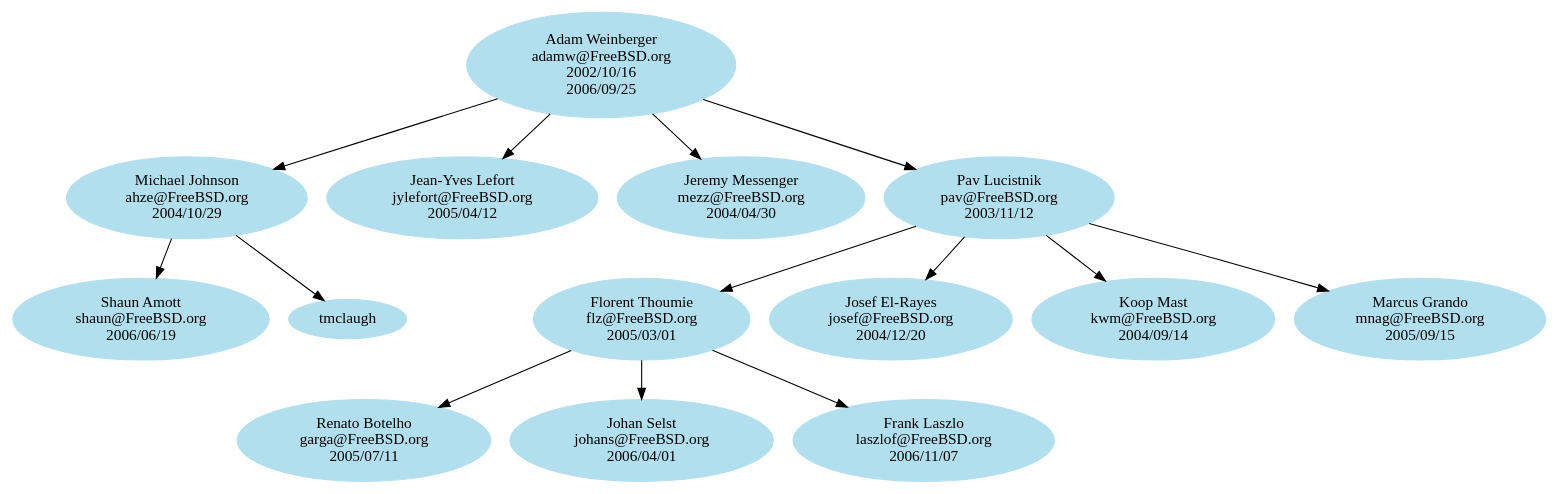
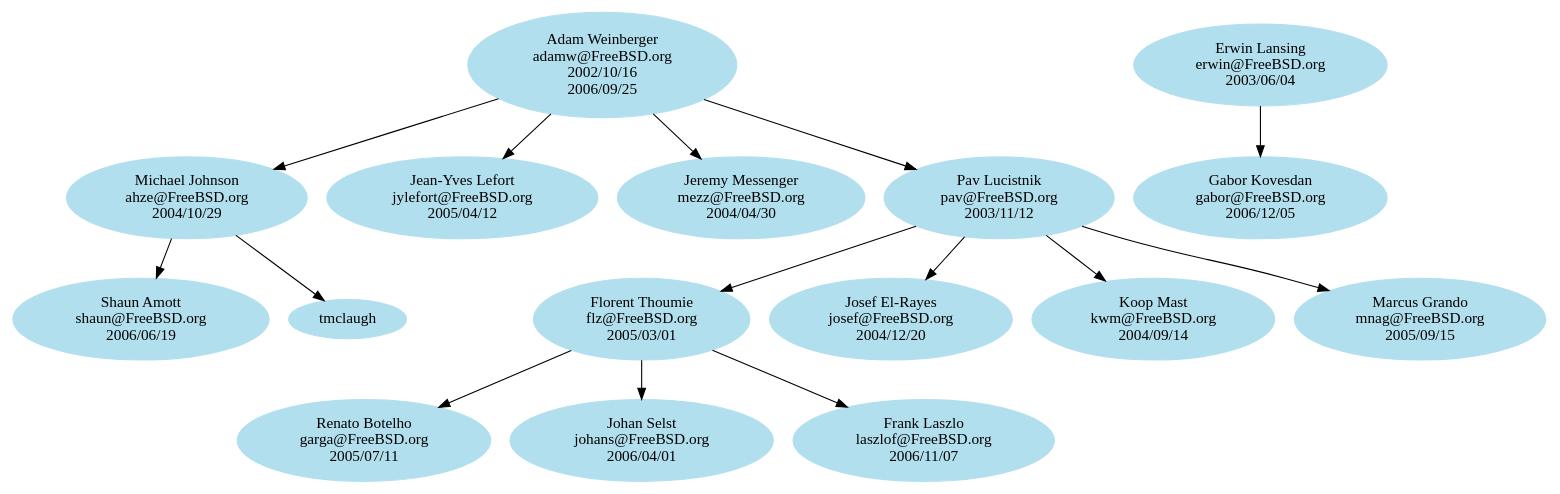
The diagram in share/misc/committers-ports.dot (kelvinyu/unix-history-repo), drawn with Graphviz before and after one commit.

Commit message:
- Add myself as erwin's mentee
Reviewed by:	flz

```diff
--- a/share/misc/committers-ports.dot
+++ b/share/misc/committers-ports.dot
@@ -1,46 +1,50 @@
 # $FreeBSD$
 
 digraph ports {
 
 node [color=grey62, style=filled, bgcolor=black];
 
 # Alumni go here.
 
 node [color=lightblue2, style=filled, bgcolor=black];
 
 # Current ports committers go here. Try to keep things sorted.
 
 adamw [label="Adam Weinberger\nadamw@FreeBSD.org\n2002/10/16\n2006/09/25"]
 ahze [label="Michael Johnson\nahze@FreeBSD.org\n2004/10/29"]
+erwin [label="Erwin Lansing\nerwin@FreeBSD.org\n2003/06/04"]
 flz [label="Florent Thoumie\nflz@FreeBSD.org\n2005/03/01"]
+gabor [label="Gabor Kovesdan\ngabor@FreeBSD.org\n2006/12/05"]
 garga [label="Renato Botelho\ngarga@FreeBSD.org\n2005/07/11"]
 johans [label="Johan Selst\njohans@FreeBSD.org\n2006/04/01"]
 josef [label="Josef El-Rayes\njosef@FreeBSD.org\n2004/12/20"]
 jylefort [label="Jean-Yves Lefort\njylefort@FreeBSD.org\n2005/04/12"]
 kwm [label="Koop Mast\nkwm@FreeBSD.org\n2004/09/14"]
 laszlof [label="Frank Laszlo\nlaszlof@FreeBSD.org\n2006/11/07"]
 mezz [label="Jeremy Messenger\nmezz@FreeBSD.org\n2004/04/30"]
 mnag [label="Marcus Grando\nmnag@FreeBSD.org\n2005/09/15"]
 pav [label="Pav Lucistnik\npav@FreeBSD.org\n2003/11/12"]
 shaun [label="Shaun Amott\nshaun@FreeBSD.org\n2006/06/19"]
 
 # Here are the mentor/mentee relationships.
 
 adamw -> ahze
 adamw -> jylefort
 adamw -> mezz
 adamw -> pav
 
 ahze -> shaun
 ahze -> tmclaugh
 
+erwin -> gabor
+
 flz -> garga
 flz -> johans
 flz -> laszlof
 
 pav -> flz
 pav -> josef
 pav -> kwm
 pav -> mnag
 
 }
```
